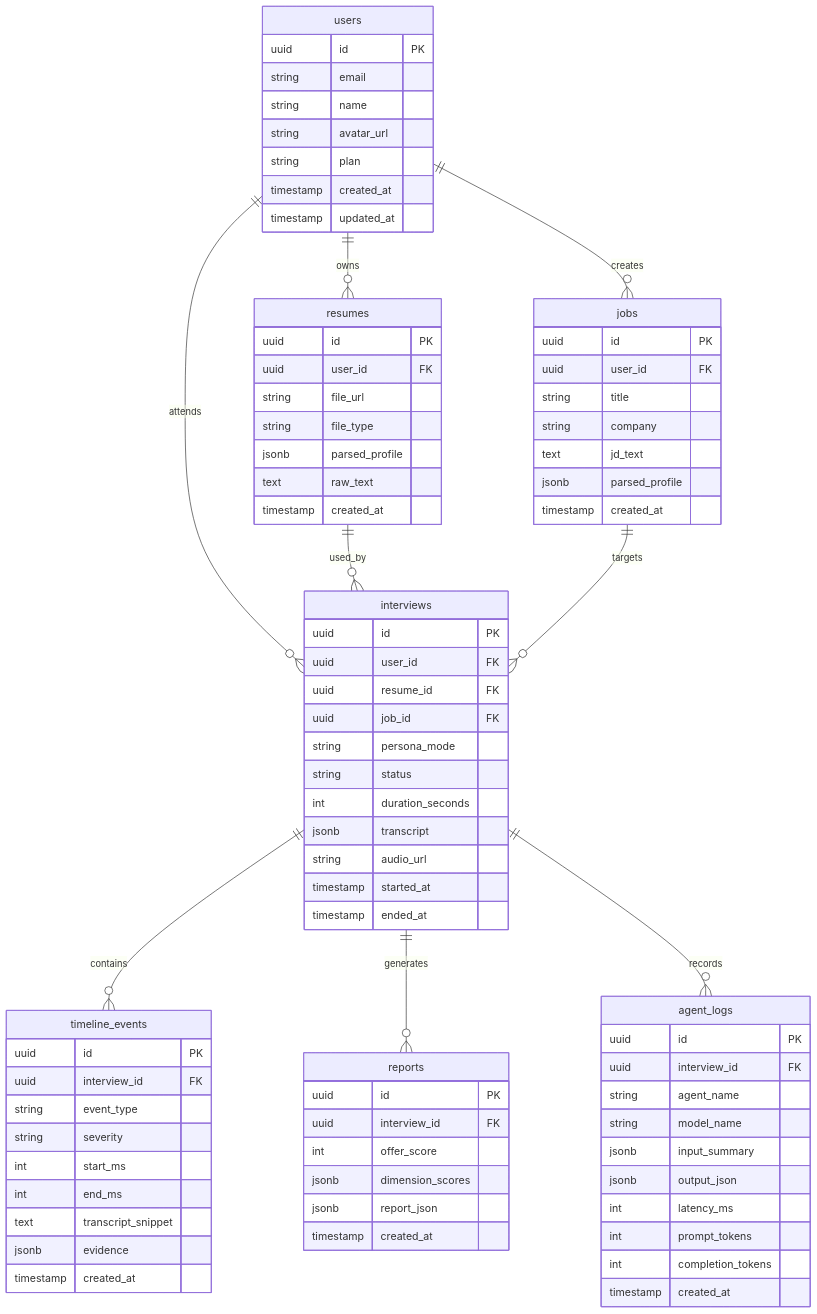
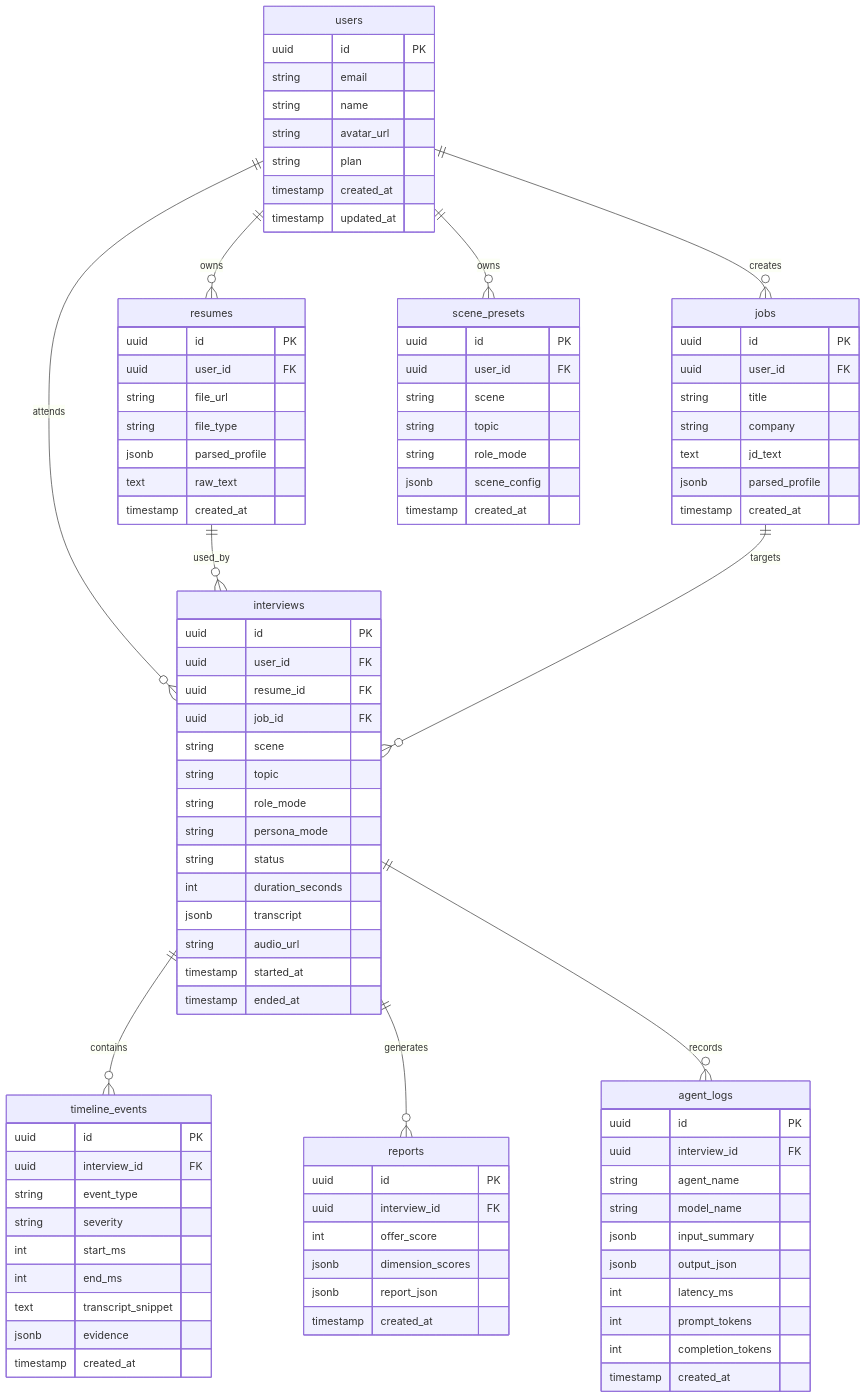
Before and after one commit to rockcj/qibiuyun: the sixth of 9 diagrams in OfferGPT技术架构设计文档.md, drawn with Mermaid. The commit also changed other lines of this file, not shown here.

```diff
--- a/OfferGPT技术架构设计文档.md
+++ b/OfferGPT技术架构设计文档.md
@@ -956,6 +1076,7 @@
     users ||--o{ resumes : owns
     users ||--o{ jobs : creates
     users ||--o{ interviews : attends
+    users ||--o{ scene_presets : owns
     resumes ||--o{ interviews : used_by
     jobs ||--o{ interviews : targets
     interviews ||--o{ timeline_events : contains
@@ -992,11 +1113,24 @@
         timestamp created_at
     }
 
+    scene_presets {
+        uuid id PK
+        uuid user_id FK
+        string scene
+        string topic
+        string role_mode
+        jsonb scene_config
+        timestamp created_at
+    }
+
     interviews {
         uuid id PK
         uuid user_id FK
         uuid resume_id FK
         uuid job_id FK
+        string scene
+        string topic
+        string role_mode
         string persona_mode
         string status
         int duration_seconds
```
